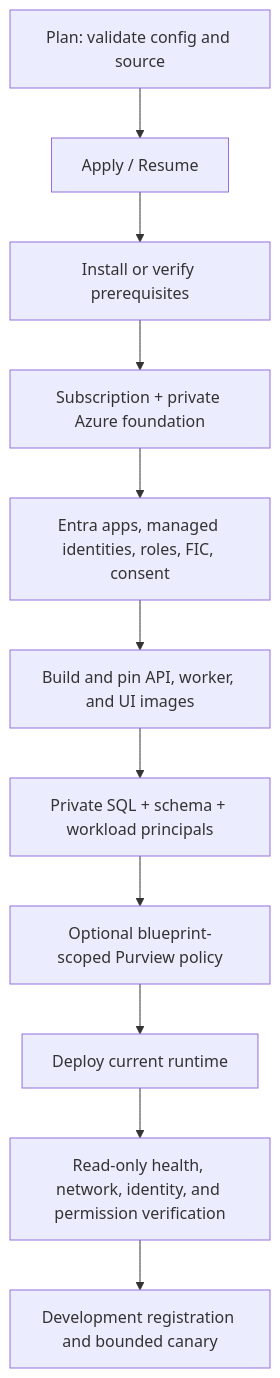
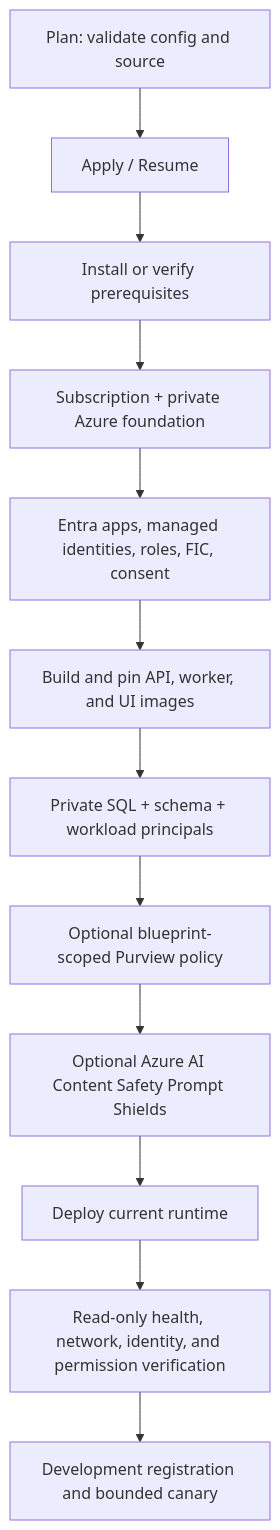
One commit to patrick-shim/a365-custom-gateway changed the third of 3 diagrams in README.md. Above: the diagram before and after it, drawn with Mermaid. The commit also changed other lines of this file and 95 other files, not shown here.

````diff
--- a/README.md
+++ b/README.md
@@ -230,13 +248,14 @@
 ```mermaid
 flowchart TD
     Plan[Plan: validate config and source] --> Apply[Apply / Resume]
     Apply --> Prereq[Install or verify prerequisites]
     Prereq --> Foundation[Subscription + private Azure foundation]
     Foundation --> Identity[Entra apps, managed identities, roles, FIC, consent]
     Identity --> Images[Build and pin API, worker, and UI images]
     Images --> Data[Private SQL + schema + workload principals]
     Data --> Optional[Optional blueprint-scoped Purview policy]
-    Optional --> Runtime[Deploy current runtime]
+    Optional --> Shield[Optional Azure AI Content Safety Prompt Shields]
+    Shield --> Runtime[Deploy current runtime]
     Runtime --> Verify[Read-only health, network, identity, and permission verification]
     Verify --> Register[Development registration and bounded canary]
 ```
````
